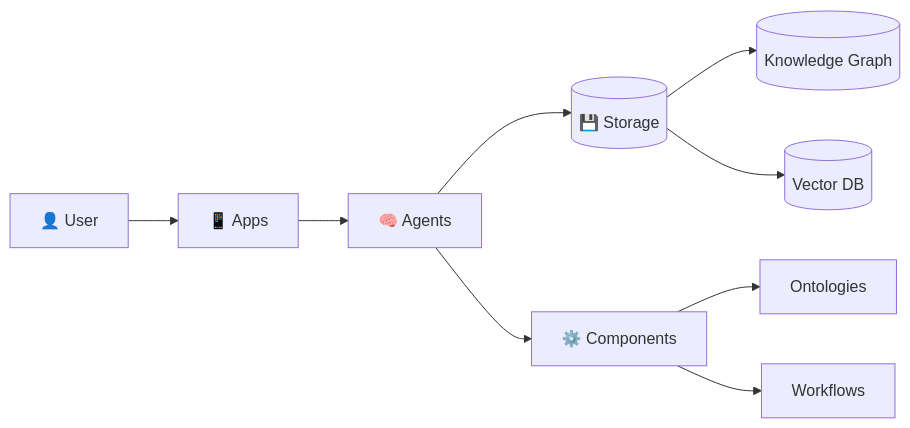
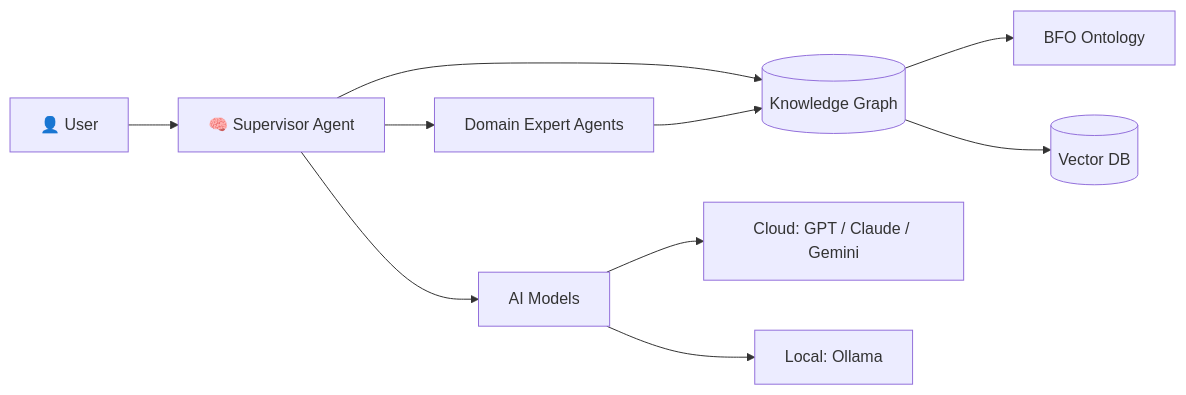
One commit to jupyter-naas/abi changed the diagram in README.md. Above: the diagram before and after it, drawn with Mermaid. The commit also changed other lines of this file, not shown here.

````diff
--- a/README.md
+++ b/README.md
@@ -119,11 +131,12 @@
 ```mermaid
 graph LR
-    USER[👤 User] --> APPS[📱 Apps]
-    APPS --> AGENTS[🧠 Agents]
-    AGENTS --> STORAGE[(💾 Storage)]
-    AGENTS --> EXEC[⚙️ Components]
-    STORAGE --> KG[(Knowledge Graph)]
-    STORAGE --> VDB[(Vector DB)]
-    EXEC --> ONT[Ontologies]
-    EXEC --> WF[Workflows]
+    USER[👤 User] --> SUPERVISOR[🧠 Supervisor Agent]
+    SUPERVISOR --> AGENTS[Domain Expert Agents]
+    SUPERVISOR --> KG[(Knowledge Graph)]
+    SUPERVISOR --> MODELS[AI Models]
+    AGENTS --> KG
+    KG --> ONT[BFO Ontology]
+    KG --> VDB[(Vector DB)]
+    MODELS --> CLOUD[Cloud: GPT / Claude / Gemini]
+    MODELS --> LOCAL[Local: Ollama]
 ```
````
